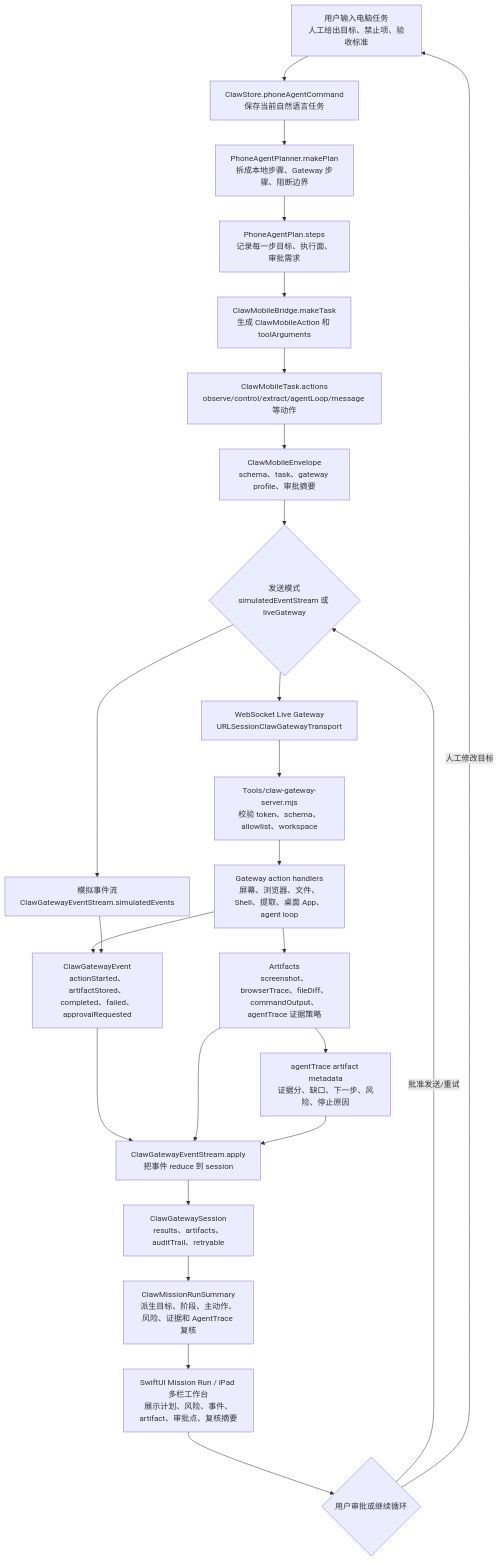
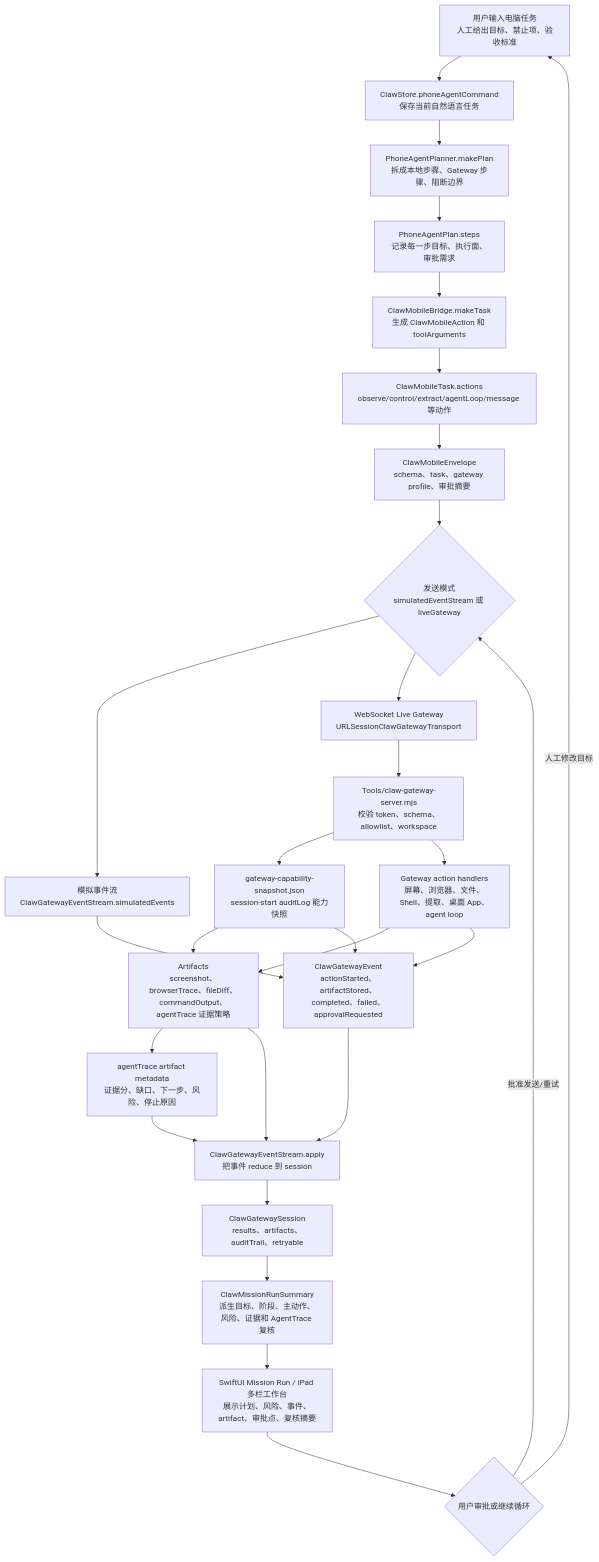
One commit to Altman-sam114/115 changed the first of 3 diagrams in md/flow/flowchart.md. Above: the diagram before and after it, drawn with Mermaid. The commit also changed other lines of this file and 8 other files, not shown here.

````diff
--- a/md/flow/flowchart.md
+++ b/md/flow/flowchart.md
@@ -9,27 +9,30 @@
 ```mermaid
 flowchart TD
   U["用户输入电脑任务<br/>人工给出目标、禁止项、验收标准"] --> S["ClawStore.phoneAgentCommand<br/>保存当前自然语言任务"]
   S --> P["PhoneAgentPlanner.makePlan<br/>拆成本地步骤、Gateway 步骤、阻断边界"]
   P --> T["PhoneAgentPlan.steps<br/>记录每一步目标、执行面、审批需求"]
   T --> B["ClawMobileBridge.makeTask<br/>生成 ClawMobileAction 和 toolArguments"]
   B --> A["ClawMobileTask.actions<br/>observe/control/extract/agentLoop/message 等动作"]
   A --> E["ClawMobileEnvelope<br/>schema、task、gateway profile、审批摘要"]
   E --> M{"发送模式<br/>simulatedEventStream 或 liveGateway"}
   M --> SIM["模拟事件流<br/>ClawGatewayEventStream.simulatedEvents"]
   M --> LIVE["WebSocket Live Gateway<br/>URLSessionClawGatewayTransport"]
   LIVE --> G["Tools/claw-gateway-server.mjs<br/>校验 token、schema、allowlist、workspace"]
+  G --> SNAP["gateway-capability-snapshot.json<br/>session-start auditLog 能力快照"]
   G --> H["Gateway action handlers<br/>屏幕、浏览器、文件、Shell、提取、桌面 App、agent loop"]
   H --> ART["Artifacts<br/>screenshot、browserTrace、fileDiff、commandOutput、agentTrace 证据策略"]
+  SNAP --> ART
   ART --> META["agentTrace artifact metadata<br/>证据分、缺口、下一步、风险、停止原因"]
   H --> EVT["ClawGatewayEvent<br/>actionStarted、artifactStored、completed、failed、approvalRequested"]
+  SNAP --> EVT
   SIM --> EVT
   EVT --> R["ClawGatewayEventStream.apply<br/>把事件 reduce 到 session"]
   ART --> R
   META --> R
   R --> SES["ClawGatewaySession<br/>results、artifacts、auditTrail、retryable"]
   SES --> RUN["ClawMissionRunSummary<br/>派生目标、阶段、主动作、风险、证据和 AgentTrace 复核"]
   RUN --> UI["SwiftUI Mission Run / iPad 多栏工作台<br/>展示计划、风险、事件、artifact、审批点、复核摘要"]
   UI --> LOOP{"用户审批或继续循环"}
   LOOP -->|"批准发送/重试"| M
   LOOP -->|"人工修改目标"| U
 ```
````
